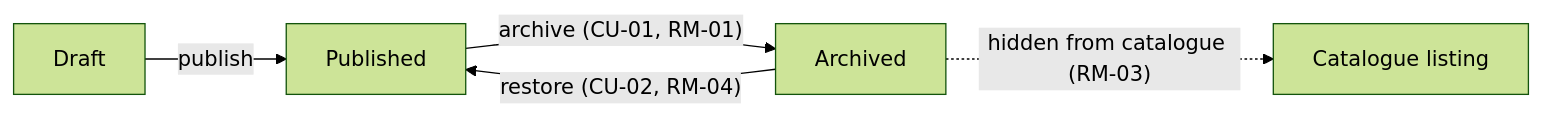
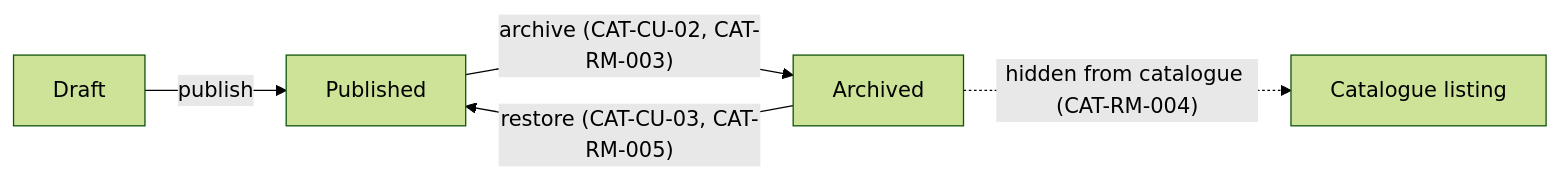
The diagram in examples/todo/product-archiving/SPEC-product-archiving.md (pierrebelin/claude-code-toolkit), drawn with Mermaid (forest theme) before and after one commit. The commit also changed other lines of this file and 121 other files, not shown here.

````diff
--- a/examples/todo/product-archiving/SPEC-product-archiving.md
+++ b/examples/todo/product-archiving/SPEC-product-archiving.md
@@ -18,7 +18,7 @@
 ```mermaid
 flowchart LR
     D[Draft] -->|publish| P[Published]
-    P -->|"archive (CU-01, RM-01)"| A[Archived]
-    A -->|"restore (CU-02, RM-04)"| P
-    A -.->|"hidden from catalogue (RM-03)"| C[Catalogue listing]
+    P -->|"archive (CAT-CU-02, CAT-RM-003)"| A[Archived]
+    A -->|"restore (CAT-CU-03, CAT-RM-005)"| P
+    A -.->|"hidden from catalogue (CAT-RM-004)"| C[Catalogue listing]
 ```
````
